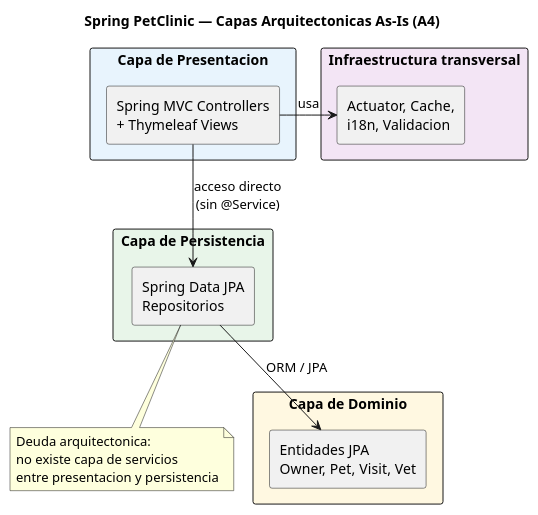
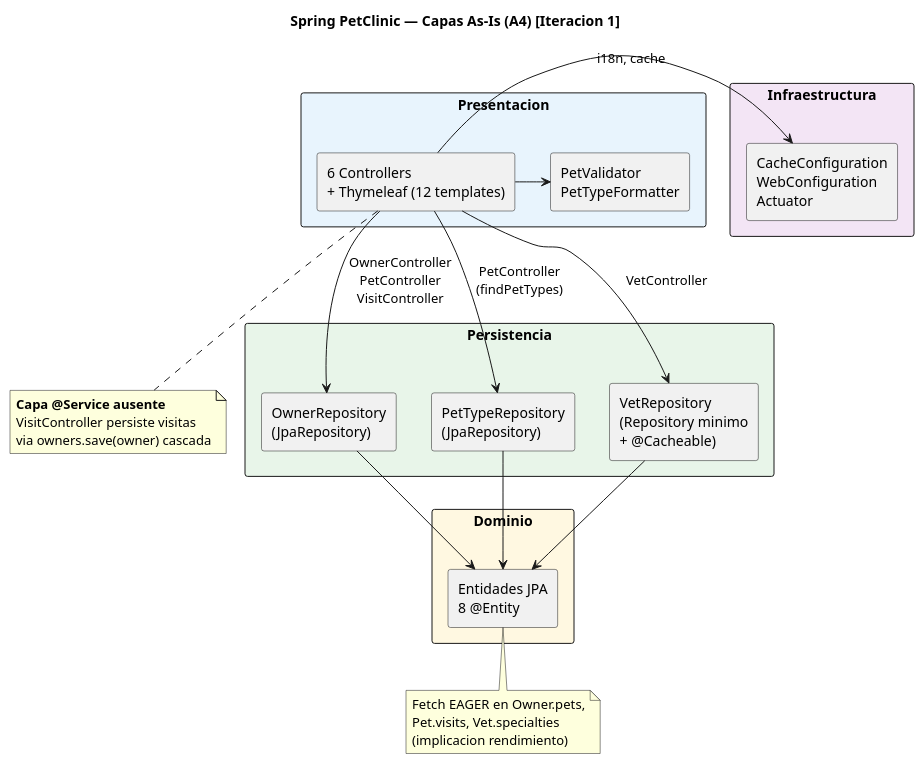
One commit to martin-hendricks/spring-petclinic changed the diagram in docs/plantuml/05-capas-arquitectonicas.puml. Above: the diagram before and after it, drawn with PlantUML. The commit also changed 16 other files, not shown here.

```diff
--- a/docs/plantuml/05-capas-arquitectonicas.puml
+++ b/docs/plantuml/05-capas-arquitectonicas.puml
@@ -1,32 +1,46 @@
 @startuml 05-capas-arquitectonicas
-title Spring PetClinic — Capas Arquitectonicas As-Is (A4)
+title Spring PetClinic — Capas As-Is (A4) [Iteracion 1]
 skinparam componentStyle rectangle
 skinparam shadowing false
 
-rectangle "Capa de Presentacion" #E8F4FD {
-  component "Spring MVC Controllers\n+ Thymeleaf Views" as PRES
+rectangle "Presentacion" #E8F4FD {
+  component "6 Controllers\n+ Thymeleaf (12 templates)" as PRES
+  component "PetValidator\nPetTypeFormatter" as HELPERS
 }
 
-rectangle "Capa de Persistencia" #E8F5E9 {
-  component "Spring Data JPA\nRepositorios" as PERS
+rectangle "Persistencia" #E8F5E9 {
+  component "OwnerRepository\n(JpaRepository)" as OR
+  component "PetTypeRepository\n(JpaRepository)" as PTR
+  component "VetRepository\n(Repository minimo\n+ @Cacheable)" as VR
 }
 
-rectangle "Capa de Dominio" #FFF8E1 {
-  component "Entidades JPA\nOwner, Pet, Visit, Vet" as DOM
+rectangle "Dominio" #FFF8E1 {
+  component "Entidades JPA\n8 @Entity" as DOM
 }
 
-rectangle "Infraestructura transversal" #F3E5F5 {
-  component "Actuator, Cache,\ni18n, Validacion" as INFRA
+rectangle "Infraestructura" #F3E5F5 {
+  component "CacheConfiguration\nWebConfiguration\nActuator" as INFRA
 }
 
-PRES -down-> PERS : acceso directo\n(sin @Service)
-PERS -down-> DOM : ORM / JPA
-PRES -right-> INFRA : usa
+PRES -down-> OR : OwnerController\nPetController\nVisitController
+PRES -down-> PTR : PetController\n(findPetTypes)
+PRES -down-> VR : VetController
+PRES -right-> HELPERS
+PRES -right-> INFRA : i18n, cache
+OR -down-> DOM
+PTR -down-> DOM
+VR -down-> DOM
 
-note bottom of PERS
-  Deuda arquitectonica:
-  no existe capa de servicios
-  entre presentacion y persistencia
+note bottom of PRES
+  **Capa @Service ausente**
+  VisitController persiste visitas
+  via owners.save(owner) cascada
+end note
+
+note bottom of DOM
+  Fetch EAGER en Owner.pets,
+  Pet.visits, Vet.specialties
+  (implicacion rendimiento)
 end note
 
 @enduml
```
